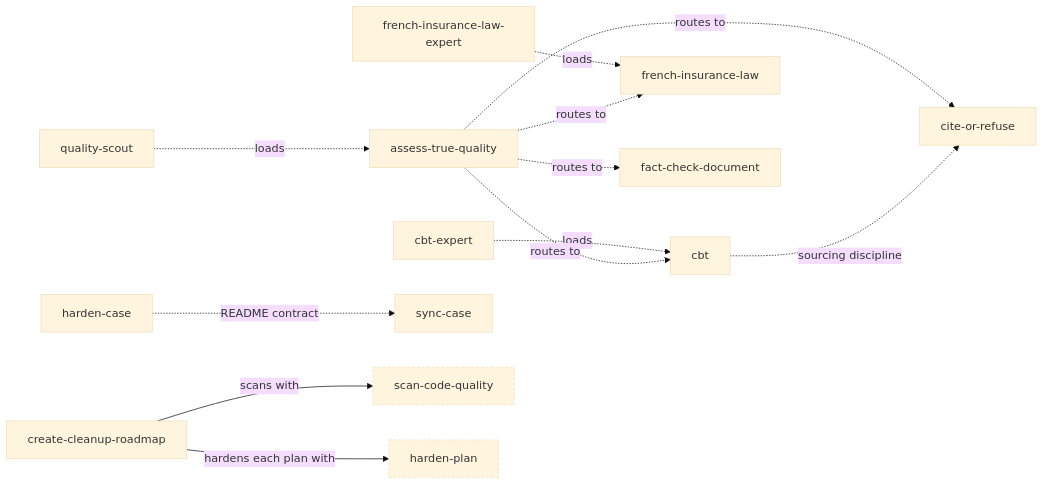
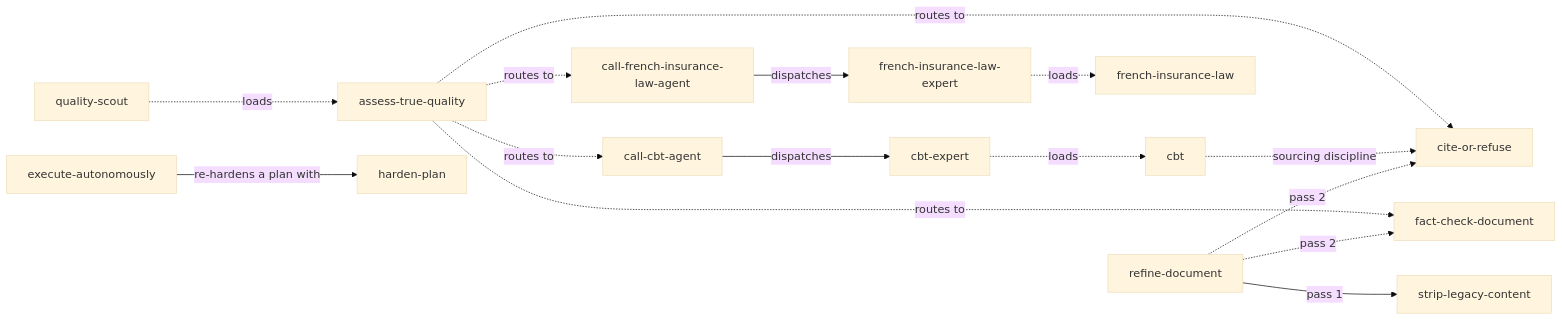
Before and after one commit to Ephasme/agent-skills: the diagram in dependencies.md, drawn with Mermaid (base theme). The commit also changed other lines of this file and 68 other files, not shown here.

````diff
--- a/dependencies.md
+++ b/dependencies.md
@@ -6,17 +6,19 @@
 ```mermaid
 flowchart LR
   cbt-expert -.->|loads| cbt
   french-insurance-law-expert -.->|loads| french-insurance-law
   quality-scout -.->|loads| assess-true-quality
+  call-cbt-agent -->|dispatches| cbt-expert
+  call-french-insurance-law-agent -->|dispatches| french-insurance-law-expert
 
-  assess-true-quality -.->|routes to| cbt
+  assess-true-quality -.->|routes to| call-cbt-agent
   assess-true-quality -.->|routes to| cite-or-refuse
   assess-true-quality -.->|routes to| fact-check-document
-  assess-true-quality -.->|routes to| french-insurance-law
+  assess-true-quality -.->|routes to| call-french-insurance-law-agent
   cbt -.->|sourcing discipline| cite-or-refuse
-  harden-case -.->|README contract| sync-case
 
-  create-cleanup-roadmap -->|scans with| scan-code-quality:::external
-  create-cleanup-roadmap -->|hardens each plan with| harden-plan:::external
-  classDef external stroke-dasharray: 4 3,stroke-width: 1px
+  refine-document -->|pass 1| strip-legacy-content
+  refine-document -.->|pass 2| cite-or-refuse
+  refine-document -.->|pass 2| fact-check-document
+  execute-autonomously -->|re-hardens a plan with| harden-plan
 ```
````
